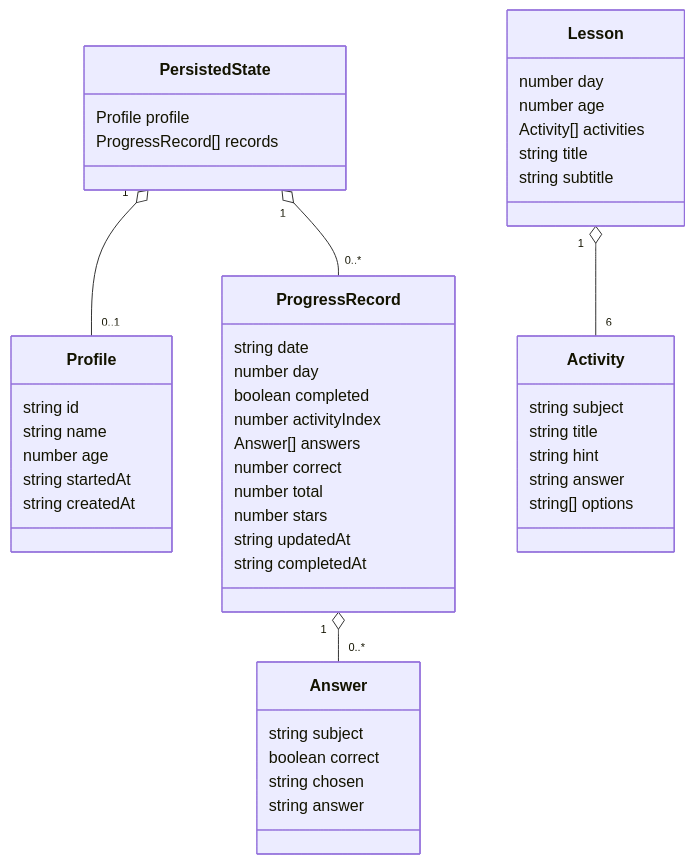
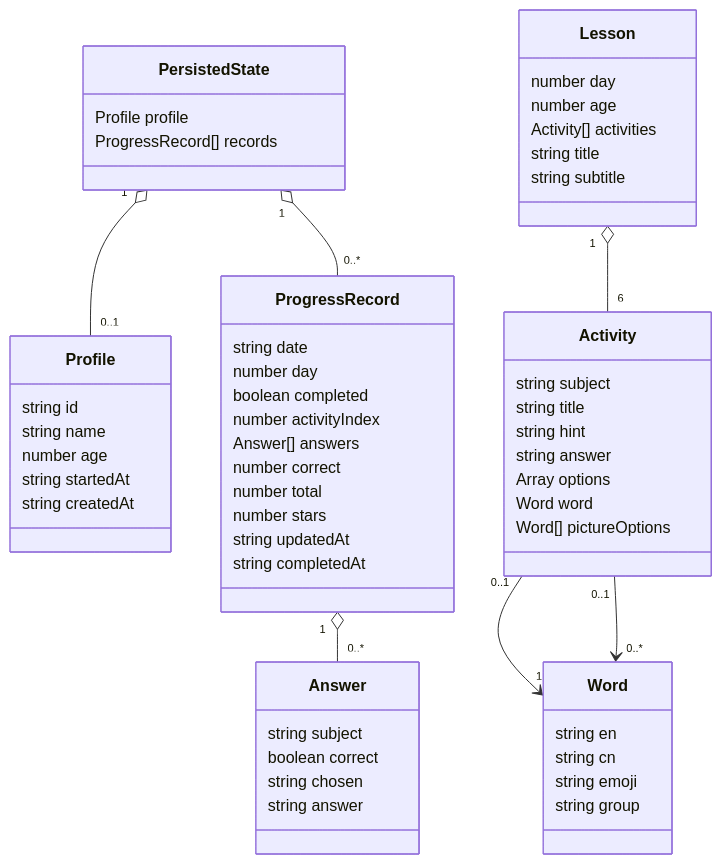
One commit to guccang/yuanbao changed the second of 2 diagrams in docs/codinghub/architecture.md. Above: the diagram before and after it, drawn with Mermaid. The commit also changed other lines of this file and 3 other files, not shown here.

Commit message:
codinghub(run_c640c0e5-5878-4561-8a47-d25679ff33a1): 已基于 README、前后端代码、Docker/Compose 与 CodingHub 配置更新四篇长期维护文档：补全项目概览、模块边界与 Mermaid 架构图、运行流程与 Mermaid 时序/流程图，以及开发、调试和风险说明；四个 Markdown 文件均已校验为 UTF-8 无 BOM，运行环境未安装 Node.js，故未能执行代码语法与服务冒烟验证。

````diff
--- a/docs/codinghub/architecture.md
+++ b/docs/codinghub/architecture.md
@@ -56,50 +58,60 @@
 ```mermaid
 classDiagram
     class PersistedState {
         Profile profile
         ProgressRecord[] records
     }
     class Profile {
         string id
         string name
         number age
         string startedAt
         string createdAt
     }
     class ProgressRecord {
         string date
         number day
         boolean completed
         number activityIndex
         Answer[] answers
         number correct
         number total
         number stars
         string updatedAt
         string completedAt
     }
     class Answer {
         string subject
         boolean correct
         string chosen
         string answer
     }
     class Lesson {
         number day
         number age
         Activity[] activities
         string title
         string subtitle
     }
     class Activity {
         string subject
         string title
         string hint
         string answer
-        string[] options
+        Array options
+        Word word
+        Word[] pictureOptions
+    }
+    class Word {
+        string en
+        string cn
+        string emoji
+        string group
     }
     PersistedState "1" o-- "0..1" Profile
     PersistedState "1" o-- "0..*" ProgressRecord
     ProgressRecord "1" o-- "0..*" Answer
     Lesson "1" o-- "6" Activity
+    Activity "0..1" --> "1" Word
+    Activity "0..1" --> "0..*" Word
 ```
````
